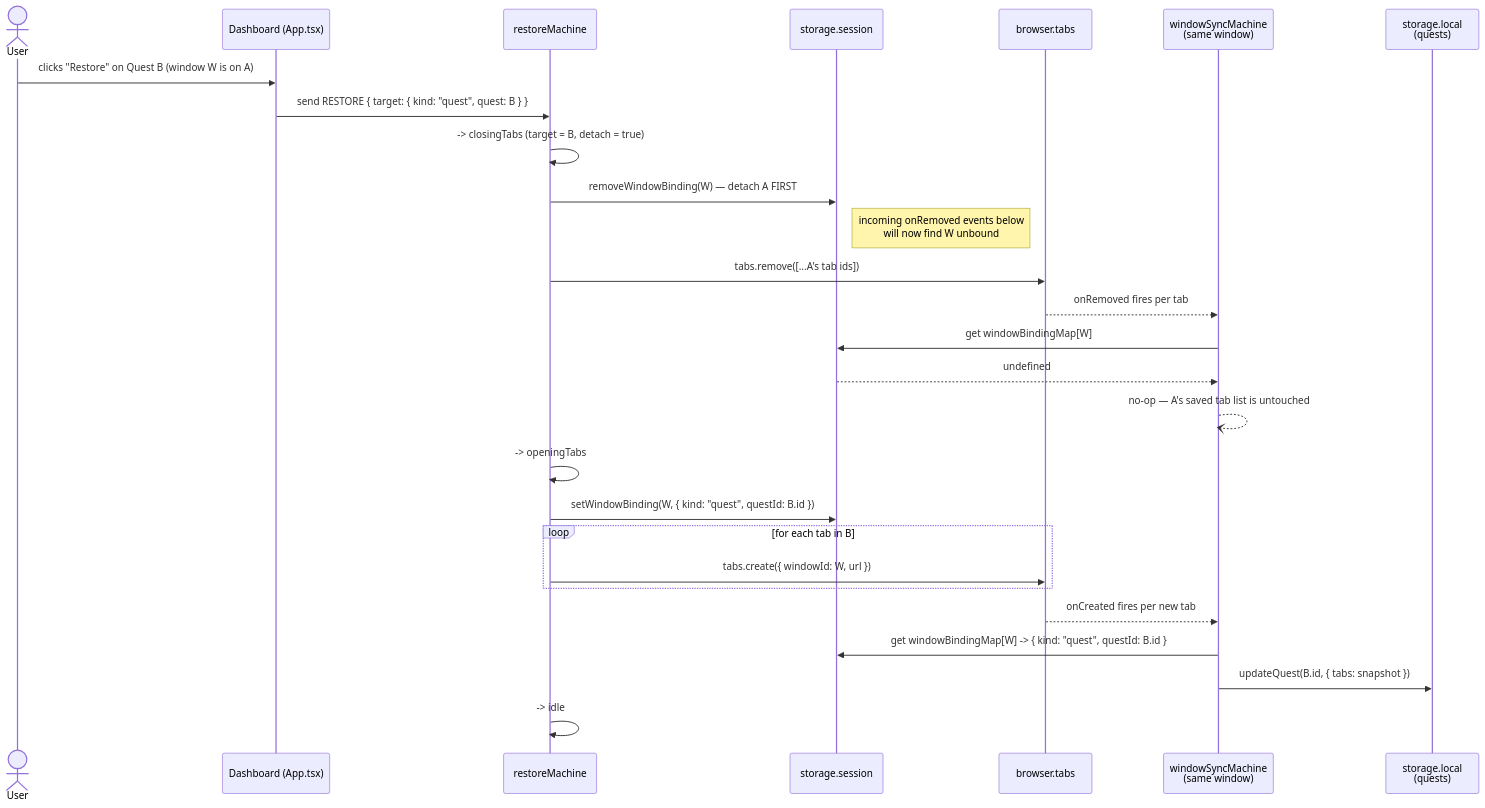
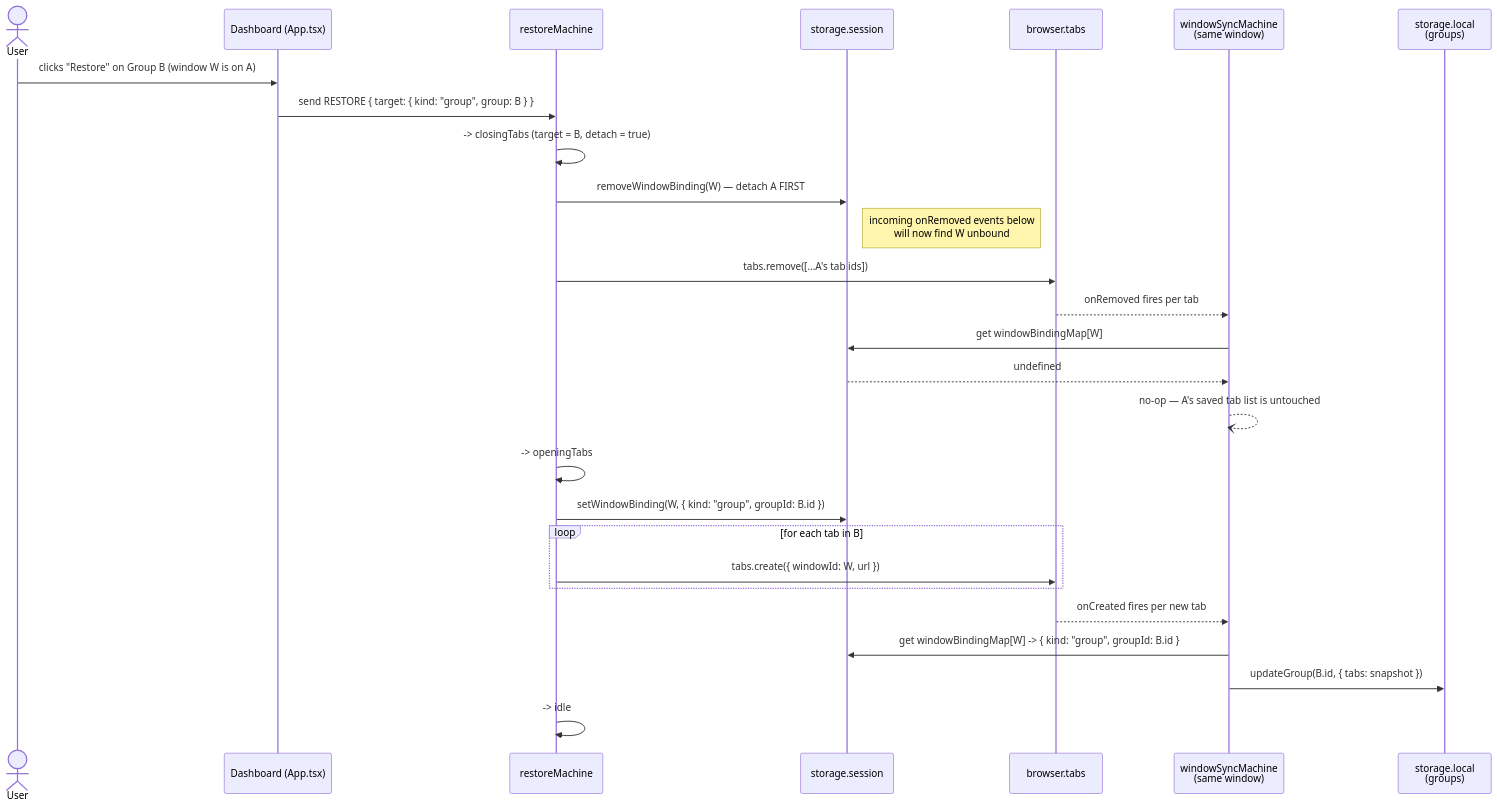
One commit to enyhma/cntxt changed diagram 11 of 11 in docs/workflows.md. Above: the diagram before and after it, drawn with Mermaid. The commit also changed other lines of this file and 7 other files, not shown here.

First line of the commit message:
docs: rename Quest to Group across CLAUDE.md and docs/

````diff
--- a/docs/workflows.md
+++ b/docs/workflows.md
@@ -260,30 +260,30 @@
 ```mermaid
 sequenceDiagram
     actor User
     participant Dashboard as Dashboard (App.tsx)
     participant Machine as restoreMachine
     participant Session as storage.session
     participant BrowserTabs as browser.tabs
     participant WinActor as windowSyncMachine<br/>(same window)
-    participant Quests as storage.local<br/>(quests)
+    participant Groups as storage.local<br/>(groups)
 
-    User->>Dashboard: clicks "Restore" on Quest B (window W is on A)
-    Dashboard->>Machine: send RESTORE { target: { kind: "quest", quest: B } }
+    User->>Dashboard: clicks "Restore" on Group B (window W is on A)
+    Dashboard->>Machine: send RESTORE { target: { kind: "group", group: B } }
     Machine->>Machine: -> closingTabs (target = B, detach = true)
     Machine->>Session: removeWindowBinding(W) — detach A FIRST
     Note right of Session: incoming onRemoved events below<br/>will now find W unbound
     Machine->>BrowserTabs: tabs.remove([...A's tab ids])
     BrowserTabs-->>WinActor: onRemoved fires per tab
     WinActor->>Session: get windowBindingMap[W]
     Session-->>WinActor: undefined
     WinActor--)WinActor: no-op — A's saved tab list is untouched
     Machine->>Machine: -> openingTabs
-    Machine->>Session: setWindowBinding(W, { kind: "quest", questId: B.id })
+    Machine->>Session: setWindowBinding(W, { kind: "group", groupId: B.id })
     loop for each tab in B
         Machine->>BrowserTabs: tabs.create({ windowId: W, url })
     end
     BrowserTabs-->>WinActor: onCreated fires per new tab
-    WinActor->>Session: get windowBindingMap[W] -> { kind: "quest", questId: B.id }
-    WinActor->>Quests: updateQuest(B.id, { tabs: snapshot })
+    WinActor->>Session: get windowBindingMap[W] -> { kind: "group", groupId: B.id }
+    WinActor->>Groups: updateGroup(B.id, { tabs: snapshot })
     Machine->>Machine: -> idle
 ```
````
